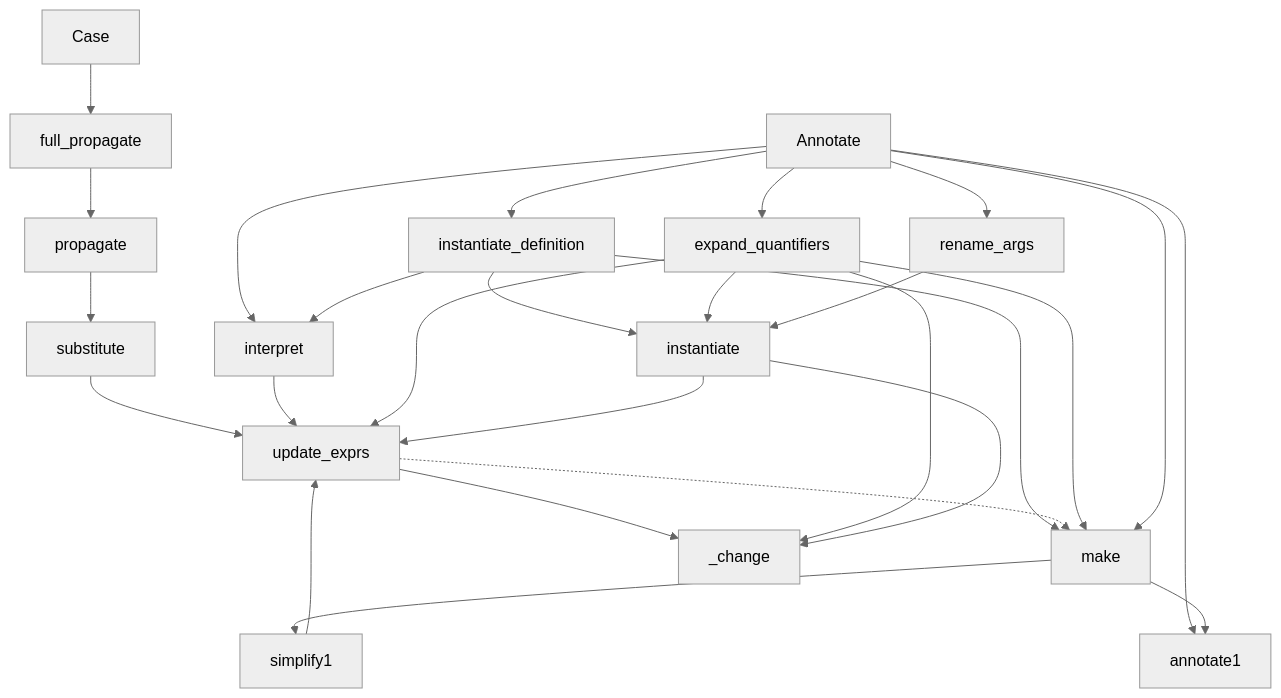
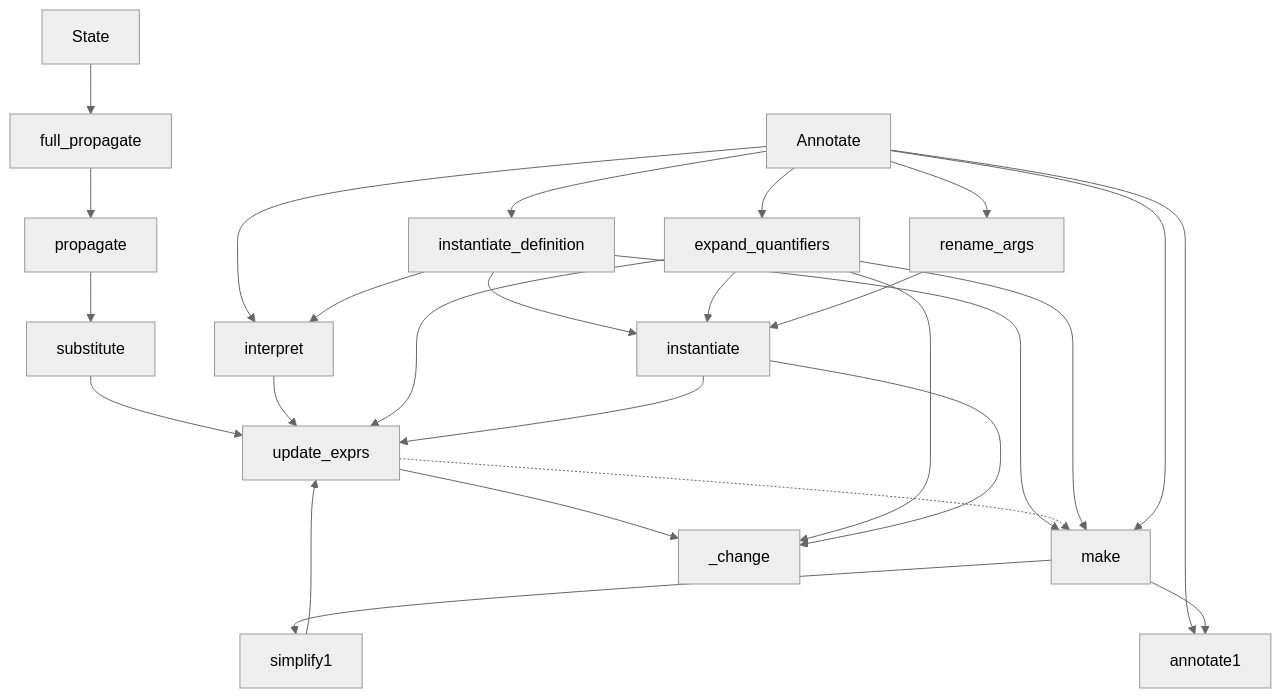
Before and after one commit to Sobhangh/IDP-Z3: the diagram in docs/zettlr/Substitute.md, drawn with Mermaid (neutral theme). The commit also changed 17 other files, not shown here.

````diff
--- a/docs/zettlr/Substitute.md
+++ b/docs/zettlr/Substitute.md
@@ -10,36 +10,36 @@
 ```mermaid
 graph TD
     Annotate --> expand_quantifiers;
     Annotate --> interpret;
     Annotate --> instantiate_definition;
     Annotate --> rename_args;
     
-    Case --> full_propagate;
+    State --> full_propagate;
     full_propagate --> propagate;
     propagate --> substitute;
     substitute --> update_exprs;
     
     instantiate_definition --> instantiate;
     expand_quantifiers --> instantiate;
     interpret --> update_exprs;
     expand_quantifiers --> update_exprs;
     
     
     instantiate_definition --> make;
     update_exprs --> _change;
     update_exprs -.-> make;
     expand_quantifiers --> make;
     make --> simplify1;
     Annotate --> annotate1;
     make --> annotate1;
     
     expand_quantifiers --> _change;
 
     instantiate --> _change;
 		    rename_args --> instantiate;
     instantiate_definition --> interpret;
     Annotate --> make;
     simplify1 --> update_exprs;
     instantiate --> update_exprs;
 
 ```
````
